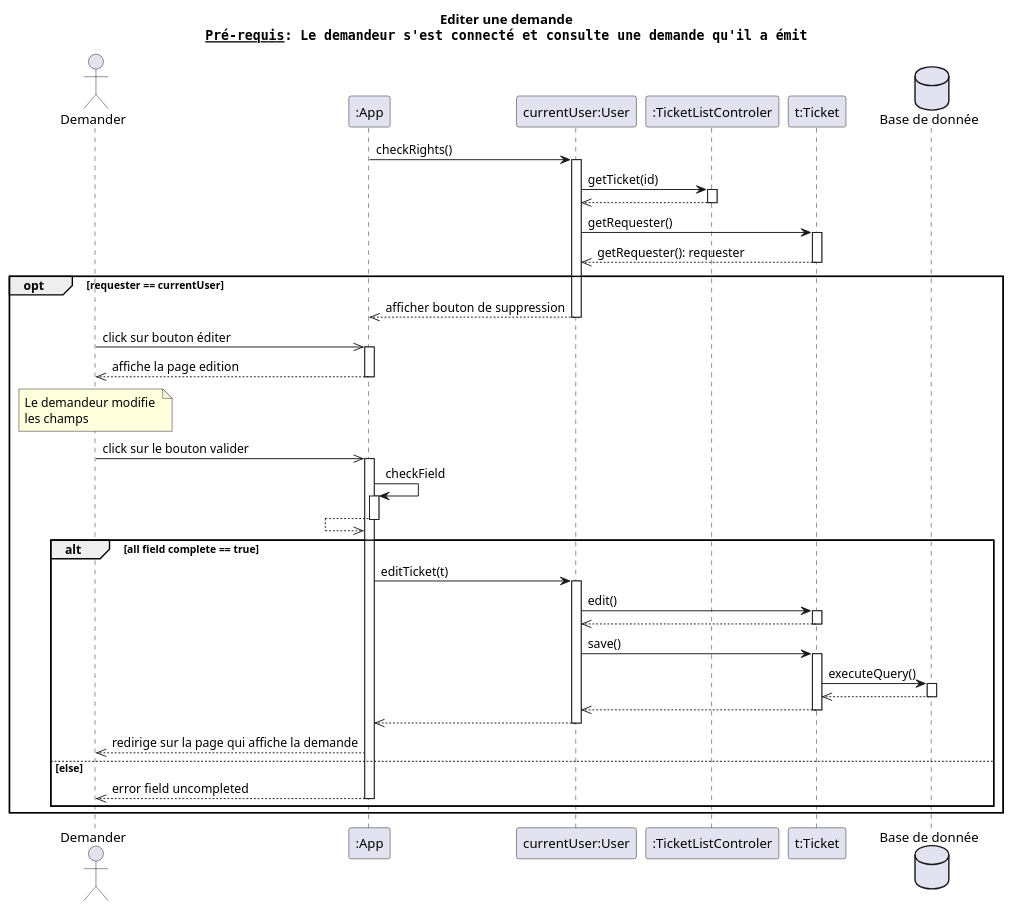
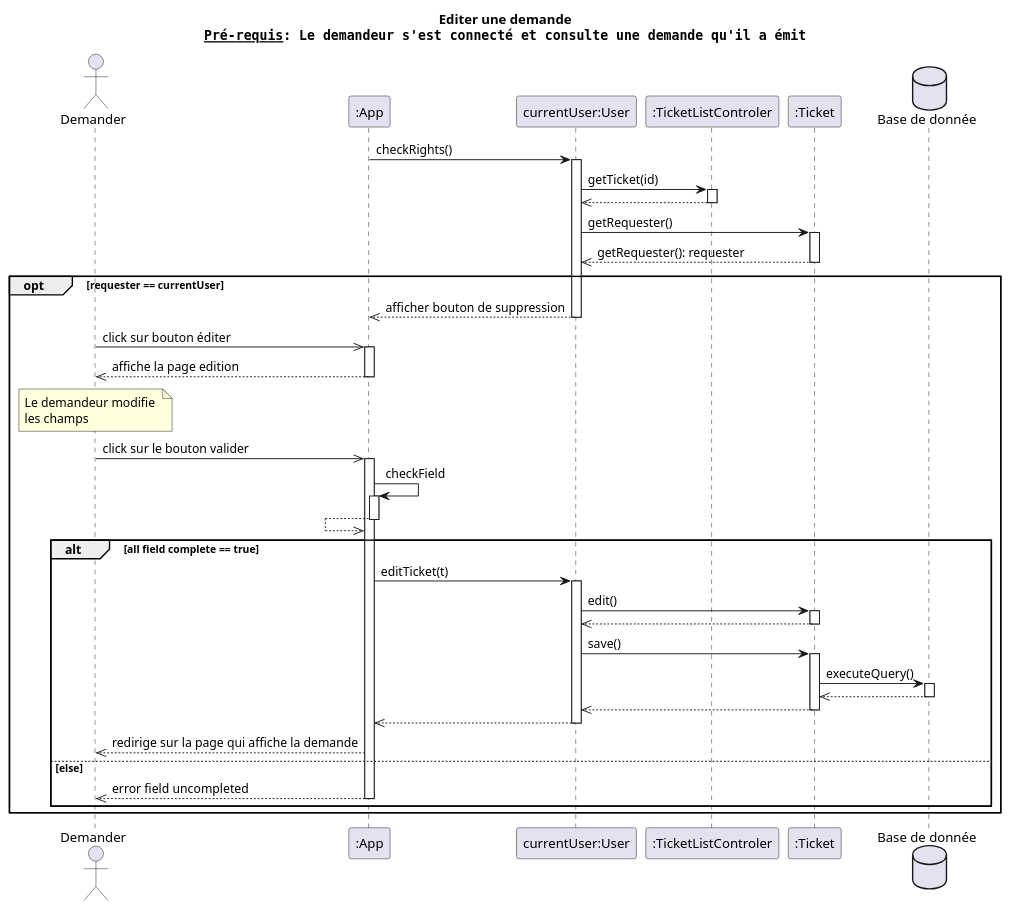
The diagram in docs/UML/diagrammes séquence/editer une demande.puml (dorianleveque/CoHub), drawn with PlantUML before and after one commit. The commit also changed 4 other files, not shown here.

Commit message:
update sequence

```diff
--- a/docs/UML/diagrammes séquence/editer une demande.puml
+++ b/docs/UML/diagrammes séquence/editer une demande.puml
@@ -1,67 +1,67 @@
 @startuml editer une demande
 title Editer une demande\n""__Pré-requis__: Le demandeur s'est connecté et consulte une demande qu'il a émit""
 
 actor client as "Demander" order 1
 participant app as ":App"   order 2
 participant user as "currentUser:User" order 3
 participant tlc as ":TicketListControler" order 4
-participant ticket as "t:Ticket" order 5
+participant ticket as ":Ticket" order 5
 database bdd as "Base de donnée" order 6
 
 app -> user: checkRights()
 activate user
 user -> tlc: getTicket(id)
 activate tlc
 user <<-- tlc
 deactivate tlc
 
 user -> ticket: getRequester()
 activate ticket
 user <<-- ticket : getRequester(): requester
 deactivate ticket
 
 opt requester == currentUser
     app <<-- user: afficher bouton de suppression
     deactivate user
 
 
     client ->> app: click sur bouton éditer
     activate app
     client <<-- app: affiche la page edition
     deactivate app
 
     note over client: Le demandeur modifie \nles champs
     client ->> app: click sur le bouton valider
     activate app
 
     app -> app : checkField
     activate app
     app <<-- app
     deactivate app
     alt all field complete == true
         app -> user: editTicket(t)
         activate user
         user -> ticket: edit()
         activate ticket
         user <<--ticket
         deactivate ticket
 
         user -> ticket: save()
         activate ticket
         ticket -> bdd: executeQuery()
         activate bdd
         ticket <<-- bdd
         deactivate bdd
         user <<-- ticket
         deactivate ticket
         app <<--user
         deactivate user
 
         client <<-- app: redirige sur la page qui affiche la demande
     else else
         client <<-- app: error field uncompleted
         deactivate app
     end
 
 end
 @enduml
```
